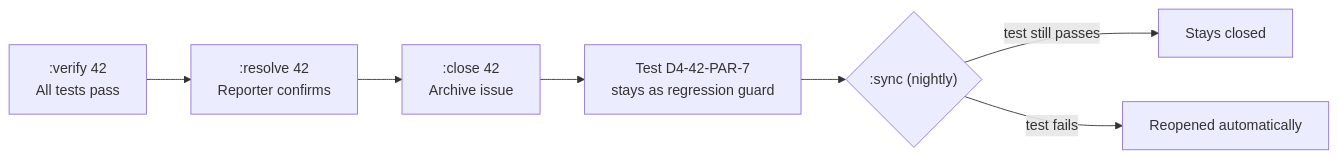
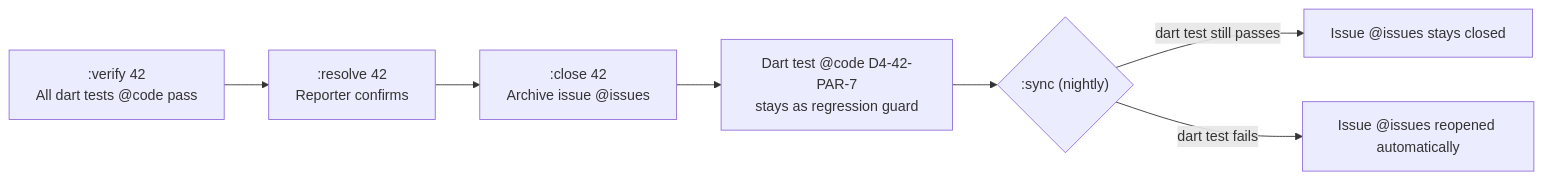
Before and after one commit to al-the-bear/tom_module_basics: diagram 11 of 37 in tom_issue_kit/doc/issuekit_command_reference.md, drawn with Mermaid. The commit also changed other lines of this file and 1 other file, not shown here.

First line of the commit message:
docs: architectural redesign — two issue trackers, @issues/@tests/@code terminology, nightly backup

````diff
--- a/tom_issue_kit/doc/issuekit_command_reference.md
+++ b/tom_issue_kit/doc/issuekit_command_reference.md
@@ -548,9 +559,9 @@
 ```mermaid
 graph LR
-    V[":verify 42<br/>All tests pass"] --> R[":resolve 42<br/>Reporter confirms"]
-    R --> C[":close 42<br/>Archive issue"]
-    C --> G["Test D4-42-PAR-7<br/>stays as regression guard"]
+    V[":verify 42<br/>All dart tests @code pass"] --> R[":resolve 42<br/>Reporter confirms"]
+    R --> C[":close 42<br/>Archive issue @issues"]
+    C --> G["Dart test @code D4-42-PAR-7<br/>stays as regression guard"]
     G --> SY{":sync (nightly)"}
-    SY -->|"test still passes"| OK["Stays closed"]
-    SY -->|"test fails"| RE["Reopened automatically"]
+    SY -->|"dart test still passes"| OK["Issue @issues stays closed"]
+    SY -->|"dart test fails"| RE["Issue @issues reopened automatically"]
 ```
````
